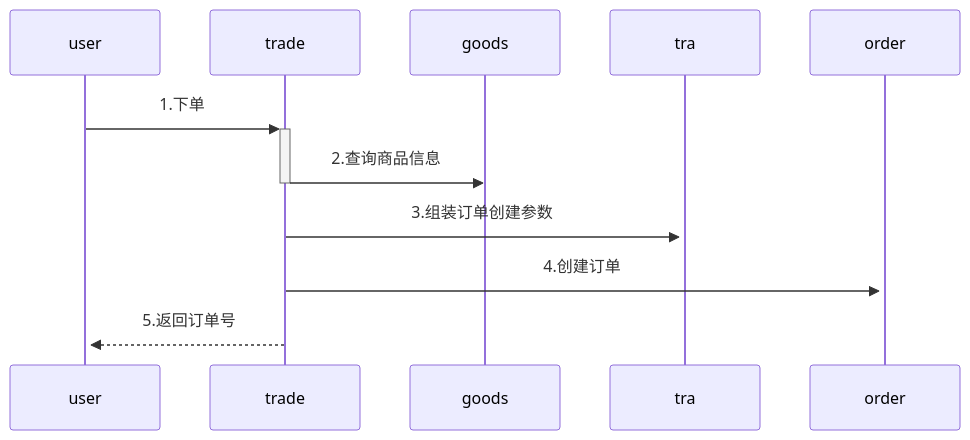
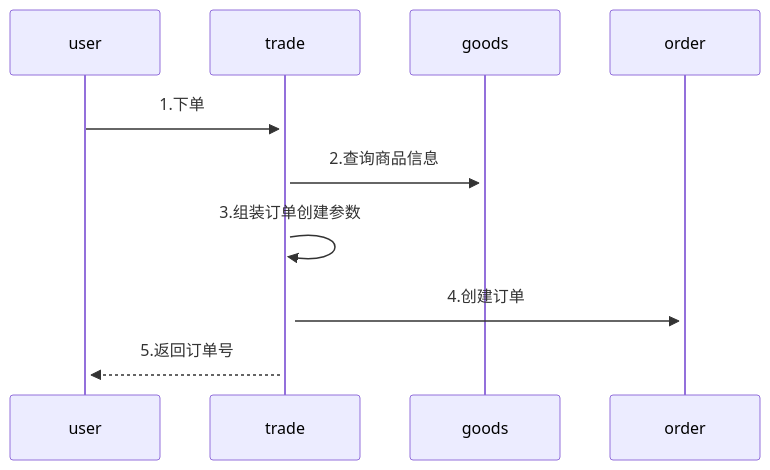
One commit to yingjianzh/iodraw-files changed the diagram in all/未命名-6.md. Above: the diagram before and after it, drawn with Mermaid.

Commit message:
2024-08-19 15:10:47 update

````diff
--- a/all/未命名-6.md
+++ b/all/未命名-6.md
@@ -1,8 +1,8 @@
 ```mermaid
 sequenceDiagram
     user->>+trade: 1.下单
-    trade->>-goods: 2.查询商品信息
-    trade->>+tra: 3.组装订单创建参数
+    trade->>+goods: 2.查询商品信息
+    trade->>+trade: 3.组装订单创建参数
     trade->>+order: 4.创建订单
     trade-->>+user: 5.返回订单号
 ```
````
